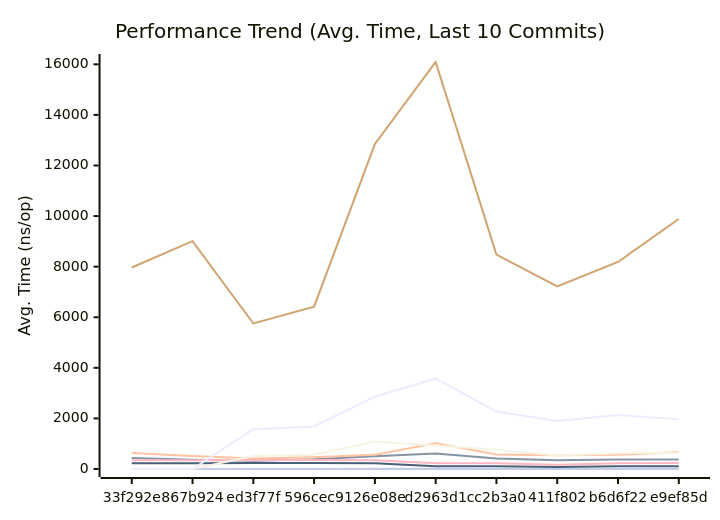
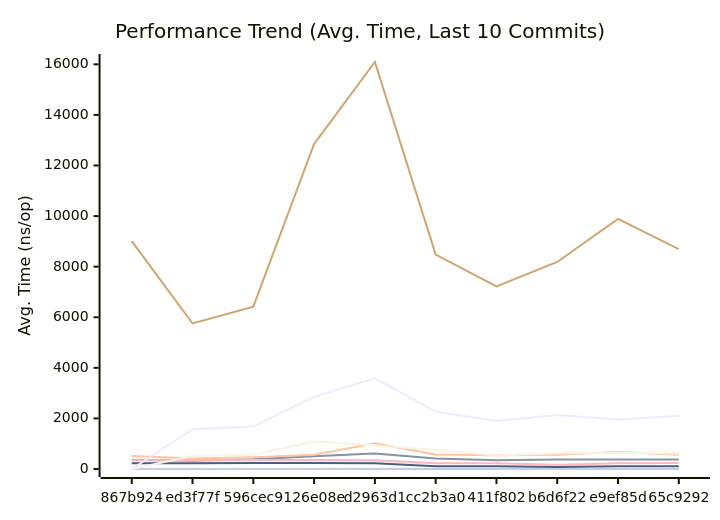
The first of 3 diagrams in docs/PERFORMANCE.md (alsotoes/momo), drawn with Mermaid before and after one commit. The commit also changed other lines of this file and 2 other files, not shown here.

````diff
--- a/docs/PERFORMANCE.md
+++ b/docs/PERFORMANCE.md
@@ -128,18 +128,18 @@
 ```mermaid
 xychart-beta
     title "Performance Trend (Avg. Time, Last 10 Commits)"
     x-axis "Commit"
     y-axis "Avg. Time (ns/op)"
-    x-axis [33f292e,867b924,ed3f77f,596cec9,126e08e,d2963d1,cc2b3a0,411f802,b6d6f22,e9ef85d]
-    line "CheckMetricsAndSwap" [13,13,8,9,22,17,13,11,11,9]
-    line "CrushOptimized" [438,367,326,382,508,611,411,349,375,375]
-    line "CrushOriginal" [635,518,416,464,564,1014,574,546,560,677]
-    line "IndexDirectTracking" [0,1,0,0,1,1,0,0,0,1]
-    line "IndexSearch" [3,4,2,2,2,3,2,2,2,2]
-    line "LoadGlobalConfig" [7966,9009,5754,6420,12850,16092,8480,7218,8185,9886]
-    line "PadString" [2,3,2,3,4,4,3,2,3,3]
+    x-axis [867b924,ed3f77f,596cec9,126e08e,d2963d1,cc2b3a0,411f802,b6d6f22,e9ef85d,65c9292]
+    line "CheckMetricsAndSwap" [13,8,9,22,17,13,11,11,9,9]
+    line "CrushOptimized" [367,326,382,508,611,411,349,375,375,377]
+    line "CrushOriginal" [518,416,464,564,1014,574,546,560,677,563]
+    line "IndexDirectTracking" [1,0,0,1,1,0,0,0,1,0]
+    line "IndexSearch" [4,2,2,2,3,2,2,2,2,2]
+    line "LoadGlobalConfig" [9009,5754,6420,12850,16092,8480,7218,8185,9886,8691]
+    line "PadString" [3,2,3,4,4,3,2,3,3,3]
     line "ParseReplicationOrder_NoPrealloc" [350,349,357,354,345,225,229,165,232,234]
     line "ParseReplicationOrder_Prealloc" [229,231,237,234,229,108,107,80,110,109]
-    line "SanitizeLog/Safe" [0,0,510,564,1086,932,759,535,626,647]
-    line "SanitizeLog/Unsafe" [0,0,1574,1680,2855,3581,2269,1896,2138,1962]
+    line "SanitizeLog/Safe" [0,510,564,1086,932,759,535,626,647,610]
+    line "SanitizeLog/Unsafe" [0,1574,1680,2855,3581,2269,1896,2138,1962,2106]
 ```
````
